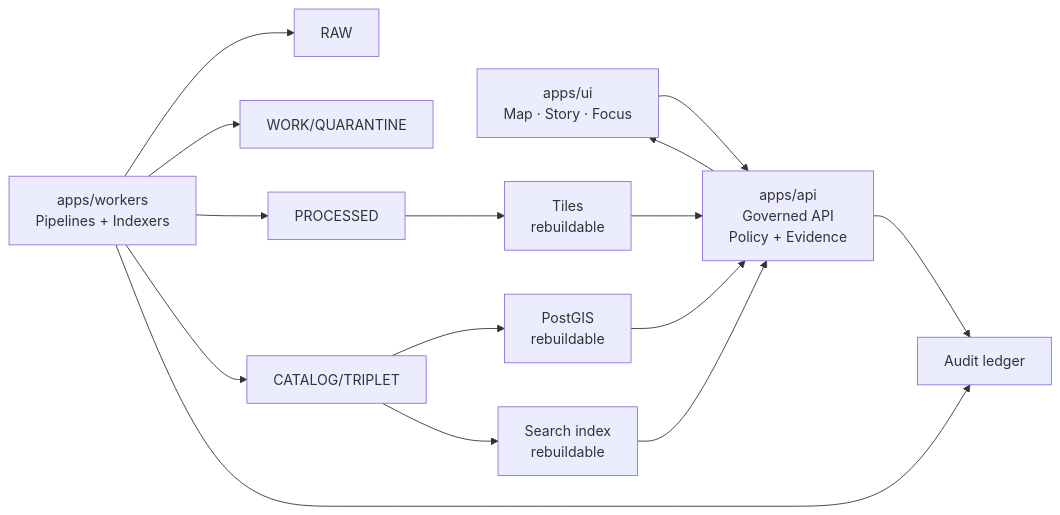
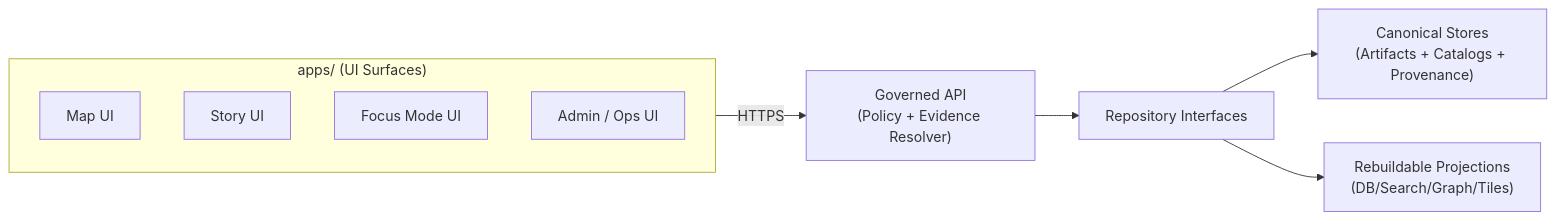
One commit to bartytime4life/Kansas-Frontier-Matrix changed the diagram in apps/README.md. Above: the diagram before and after it, drawn with Mermaid. The commit also changed other lines of this file, not shown here.

First line of the commit message:
Revise README for apps structure and governance

````diff
--- a/apps/README.md
+++ b/apps/README.md
@@ -130,20 +92,14 @@
-~~~mermaid
+```mermaid
 flowchart LR
-  UI[apps/ui<br/>Map · Story · Focus] --> API[apps/api<br/>Governed API<br/>Policy + Evidence]
-  API --> UI
+  subgraph Apps["apps/ (UI Surfaces)"]
+    Map["Map UI"]
+    Story["Story UI"]
+    Focus["Focus Mode UI"]
+    Admin["Admin / Ops UI"]
+  end
 
-  W[apps/workers<br/>Pipelines + Indexers] --> RAW[RAW]
-  W --> WORK[WORK/QUARANTINE]
-  W --> PROC[PROCESSED]
-  W --> CAT[CATALOG/TRIPLET]
-  W --> AUD[Audit ledger]
-
-  CAT --> DB[PostGIS<br/>rebuildable]
-  CAT --> SEARCH[Search index<br/>rebuildable]
-  PROC --> TILES[Tiles<br/>rebuildable]
-
-  DB --> API
-  SEARCH --> API
-  TILES --> API
-  API --> AUD
-~~~
+  Apps -->|HTTPS| API["Governed API<br/>(Policy + Evidence Resolver)"]
+  API --> Repos["Repository Interfaces"]
+  Repos --> Canon["Canonical Stores<br/>(Artifacts + Catalogs + Provenance)"]
+  Repos --> Proj["Rebuildable Projections<br/>(DB/Search/Graph/Tiles)"]
+```
````
